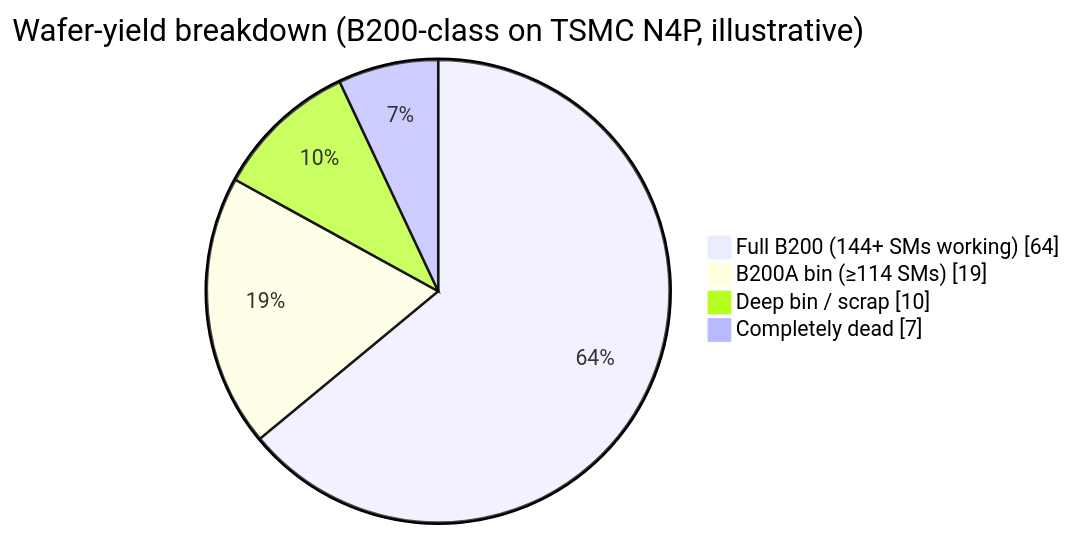
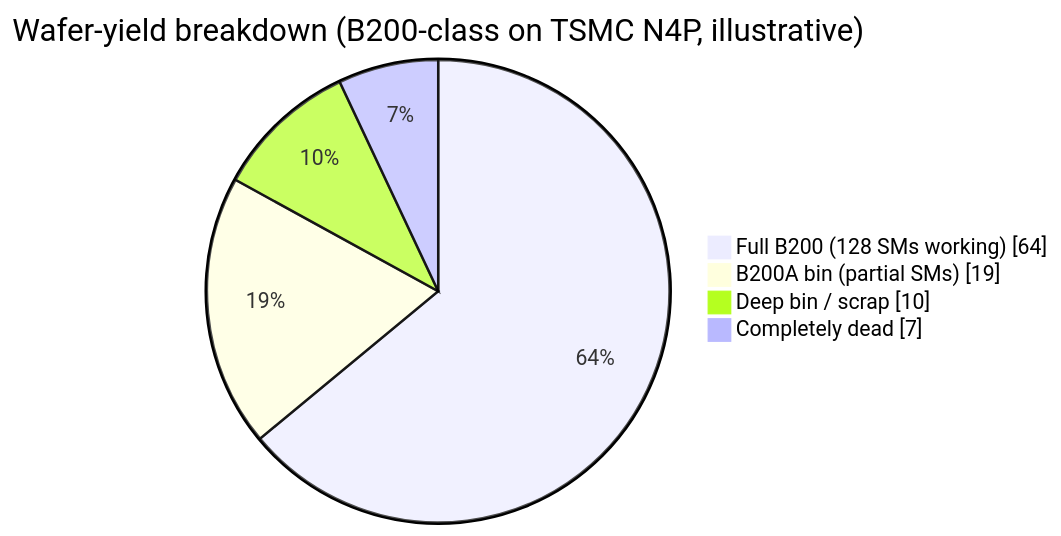
One commit to Wty2003328/ai_infra_intro changed the second of 7 diagrams in ai_infra/L0_Silicon_and_Process/Silicon_For_AI.md. Above: the diagram before and after it, drawn with Mermaid. The commit also changed other lines of this file and 62 other files, not shown here.

````diff
--- a/ai_infra/L0_Silicon_and_Process/Silicon_For_AI.md
+++ b/ai_infra/L0_Silicon_and_Process/Silicon_For_AI.md
@@ -306,8 +305,8 @@
 ```mermaid
 pie showData
     title Wafer-yield breakdown (B200-class on TSMC N4P, illustrative)
-    "Full B200 (144+ SMs working)" : 64
-    "B200A bin (≥114 SMs)" : 19
+    "Full B200 (128 SMs working)" : 64
+    "B200A bin (partial SMs)" : 19
     "Deep bin / scrap" : 10
     "Completely dead" : 7
 ```
````
